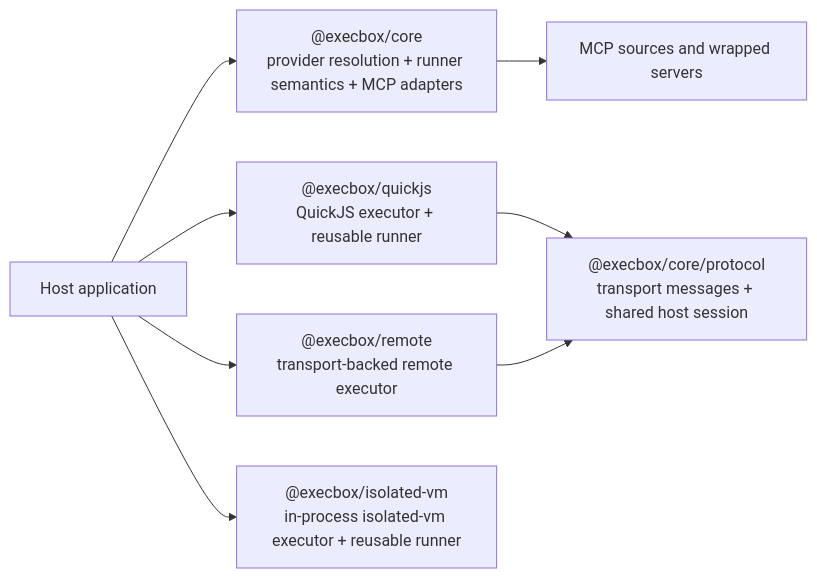
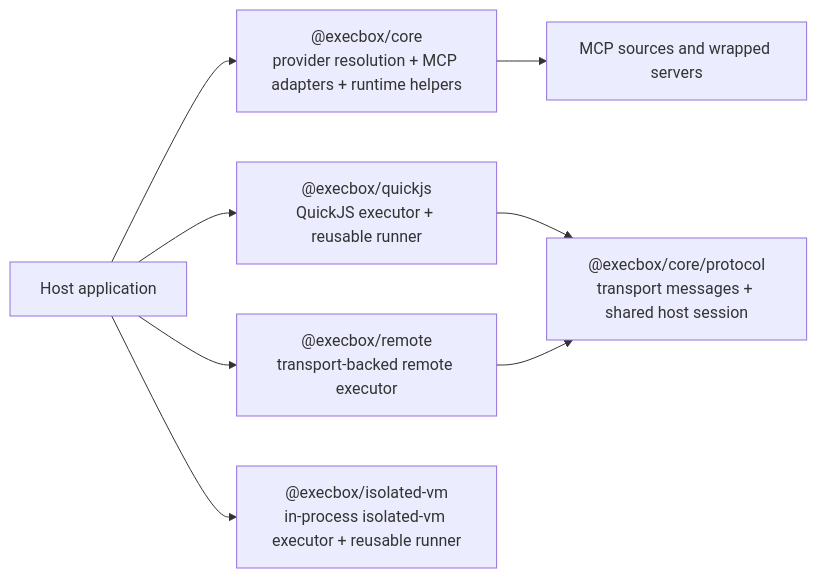
The first of 3 diagrams in docs/architecture/README.md (aallam/execbox), drawn with Mermaid before and after one commit. The commit also changed 10 other files, not shown here.

````diff
--- a/docs/architecture/README.md
+++ b/docs/architecture/README.md
@@ -22,18 +22,18 @@
 ```mermaid
 flowchart LR
     APP["Host application"]
-    CORE["@execbox/core<br/>provider resolution + runner semantics + MCP adapters"]
+    CORE["@execbox/core<br/>provider resolution + MCP adapters + runtime helpers"]
     QJS["@execbox/quickjs<br/>QuickJS executor + reusable runner"]
     REM["@execbox/remote<br/>transport-backed remote executor"]
     IVM["@execbox/isolated-vm<br/>in-process isolated-vm executor + reusable runner"]
     PROTO["@execbox/core/protocol<br/>transport messages + shared host session"]
     MCP["MCP sources and wrapped servers"]
 
     APP --> CORE
     APP --> QJS
     APP --> REM
     APP --> IVM
     CORE --> MCP
     QJS --> PROTO
     REM --> PROTO
 ```
````
